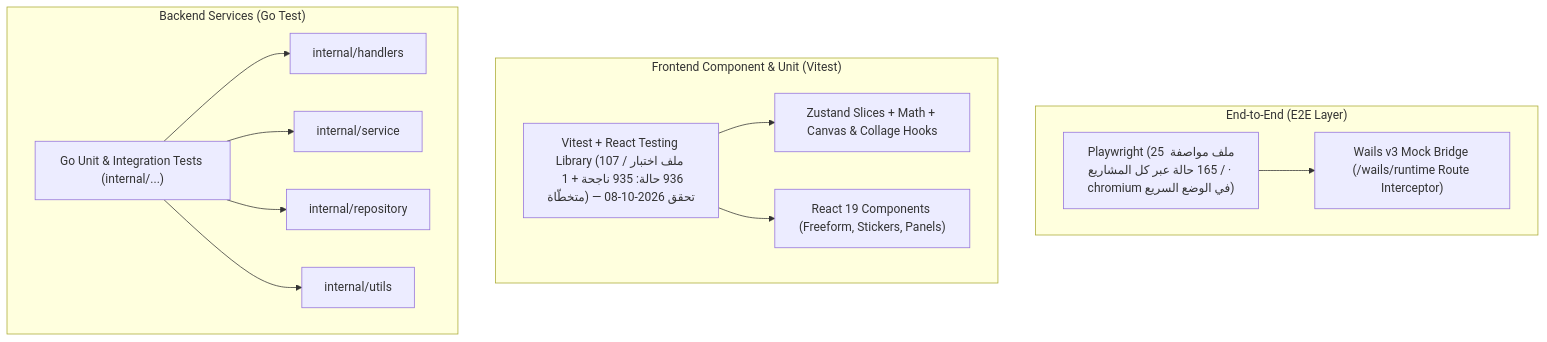
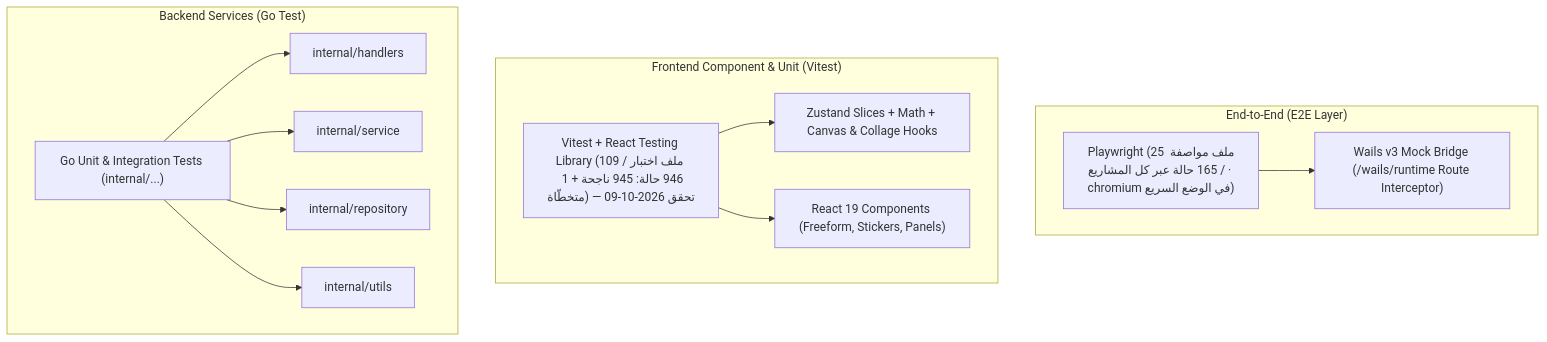
The diagram in docs/testing_guide.md (wisam79/grido), drawn with Mermaid before and after one commit. The commit also changed other lines of this file and 24 other files, not shown here.

````diff
--- a/docs/testing_guide.md
+++ b/docs/testing_guide.md
@@ -11,28 +11,28 @@
 ```mermaid
 flowchart TD
     subgraph E2E ["End-to-End (E2E Layer)"]
         PW["Playwright (25 ملف مواصفة / 165 حالة عبر كل المشاريع · chromium في الوضع السريع)"]
         Bridge["Wails v3 Mock Bridge (/wails/runtime Route Interceptor)"]
         PW --> Bridge
     end
 
     subgraph FE ["Frontend Component & Unit (Vitest)"]
-        VTests["Vitest + React Testing Library (107 ملف اختبار / 936 حالة: 935 ناجحة + 1 متخطّاة) — تحقق 2026-10-08"]
+        VTests["Vitest + React Testing Library (109 ملف اختبار / 946 حالة: 945 ناجحة + 1 متخطّاة) — تحقق 2026-10-09"]
         Zustand["Zustand Slices + Math + Canvas & Collage Hooks"]
         Comps["React 19 Components (Freeform, Stickers, Panels)"]
         VTests --> Zustand
         VTests --> Comps
     end
 
     subgraph BE ["Backend Services (Go Test)"]
         GoTests["Go Unit & Integration Tests (internal/...)"]
         Handlers["internal/handlers"]
         Services["internal/service"]
         Repo["internal/repository"]
         Utils["internal/utils"]
         GoTests --> Handlers
         GoTests --> Services
         GoTests --> Repo
         GoTests --> Utils
     end
 ```
````
